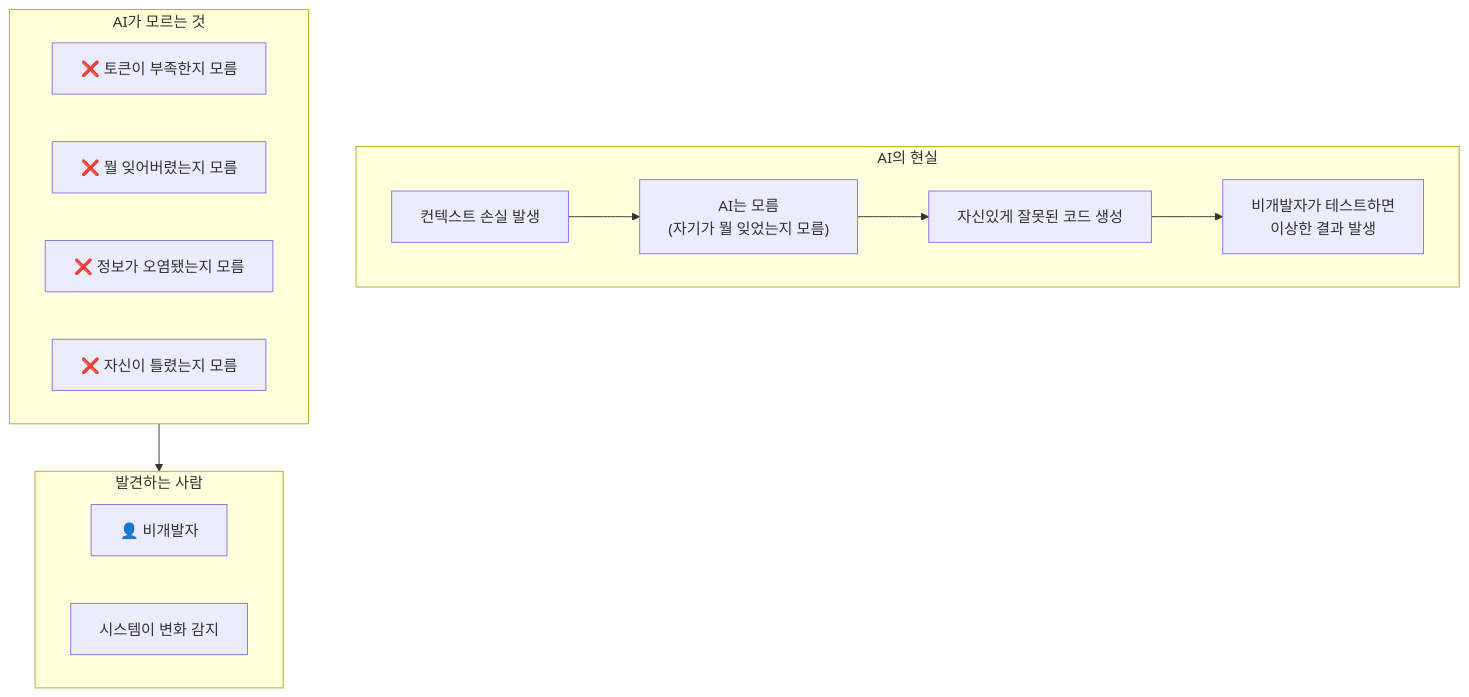
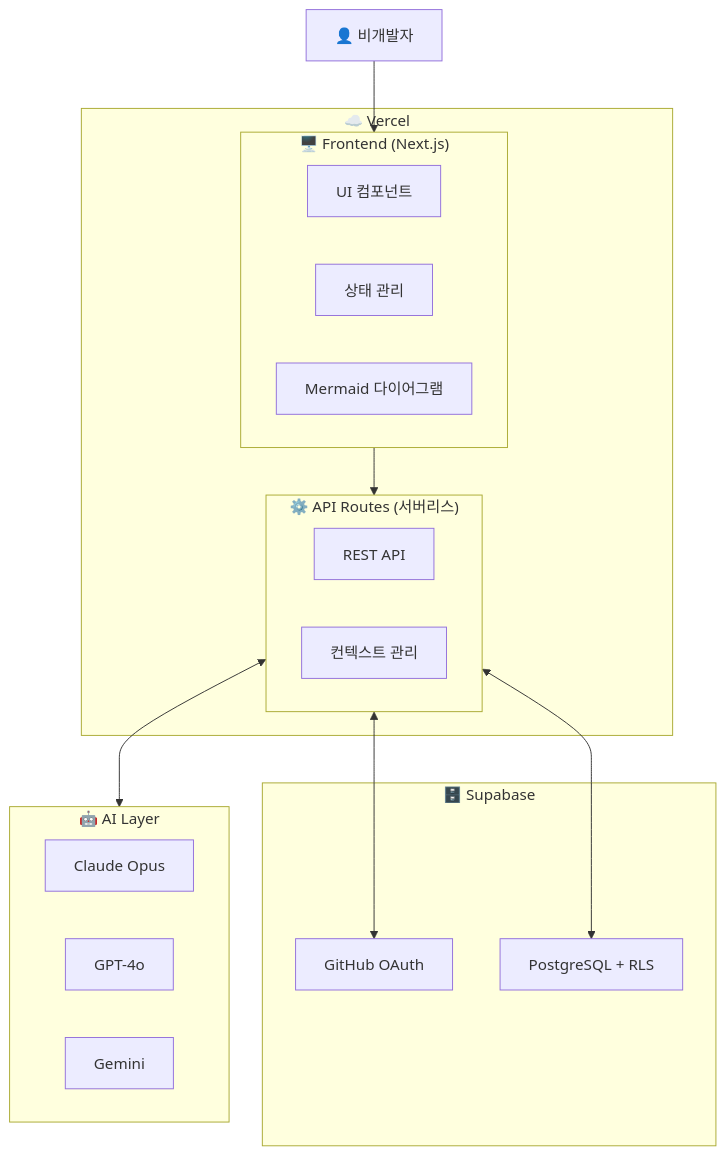
Diagram 12 of 19 in tasks/prds/0005-prd-devflow-ai-collaboration.md (garimto81/project_master), drawn with Mermaid before and after one commit. The commit also changed other lines of this file and 26 other files, not shown here.

````diff
--- a/tasks/prds/0005-prd-devflow-ai-collaboration.md
+++ b/tasks/prds/0005-prd-devflow-ai-collaboration.md
@@ -371,24 +1059,32 @@
 ```mermaid
 flowchart TB
-    subgraph REALITY["AI의 현실"]
-        R1["컨텍스트 손실 발생"]
-        R2["AI는 모름<br/>(자기가 뭘 잊었는지 모름)"]
-        R3["자신있게 잘못된 코드 생성"]
-        R4["비개발자가 테스트하면<br/>이상한 결과 발생"]
-        R1 --> R2 --> R3 --> R4
+    subgraph Vercel["☁️ Vercel"]
+        subgraph Client["🖥️ Frontend (Next.js)"]
+            UI["UI 컴포넌트"]
+            State["상태 관리"]
+            Mermaid["Mermaid 다이어그램"]
+        end
+
+        subgraph APIRoutes["⚙️ API Routes (서버리스)"]
+            API["REST API"]
+            Context["컨텍스트 관리"]
+        end
     end
 
-    subgraph PROBLEM["AI가 모르는 것"]
-        P1["❌ 토큰이 부족한지 모름"]
-        P2["❌ 뭘 잊어버렸는지 모름"]
-        P3["❌ 정보가 오염됐는지 모름"]
-        P4["❌ 자신이 틀렸는지 모름"]
+    subgraph Supabase["🗄️ Supabase"]
+        Auth["GitHub OAuth"]
+        DB["PostgreSQL + RLS"]
     end
 
-    subgraph DETECTION["발견하는 사람"]
-        D1["👤 비개발자"]
-        D2["시스템이 변화 감지"]
+    subgraph AI["🤖 AI Layer"]
+        Claude["Claude Opus"]
+        GPT["GPT-4o"]
+        Gemini["Gemini"]
     end
 
-    PROBLEM --> DETECTION
+    User["👤 비개발자"] --> Client
+    Client --> APIRoutes
+    APIRoutes <--> Auth
+    APIRoutes <--> DB
+    APIRoutes <--> AI
 ```
````
